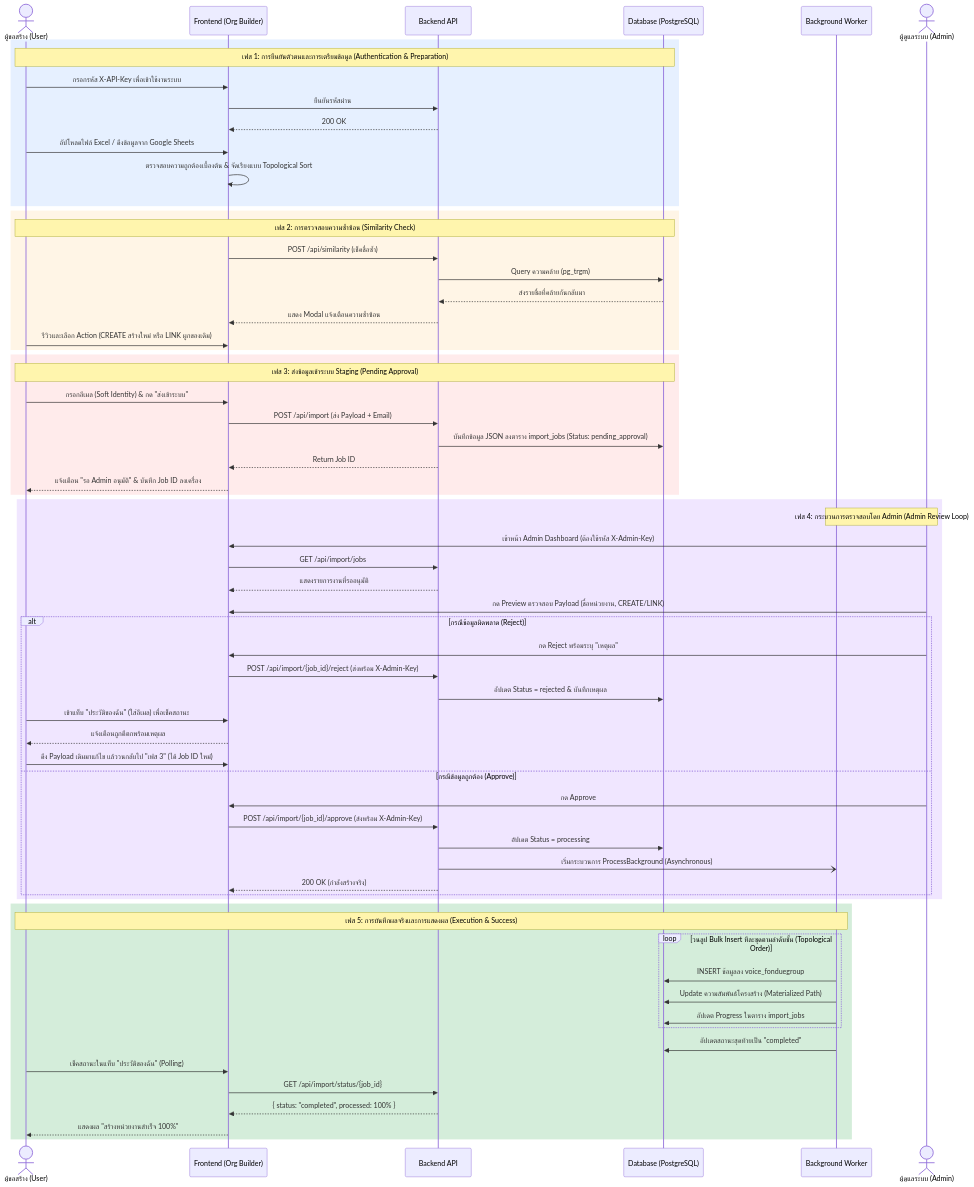
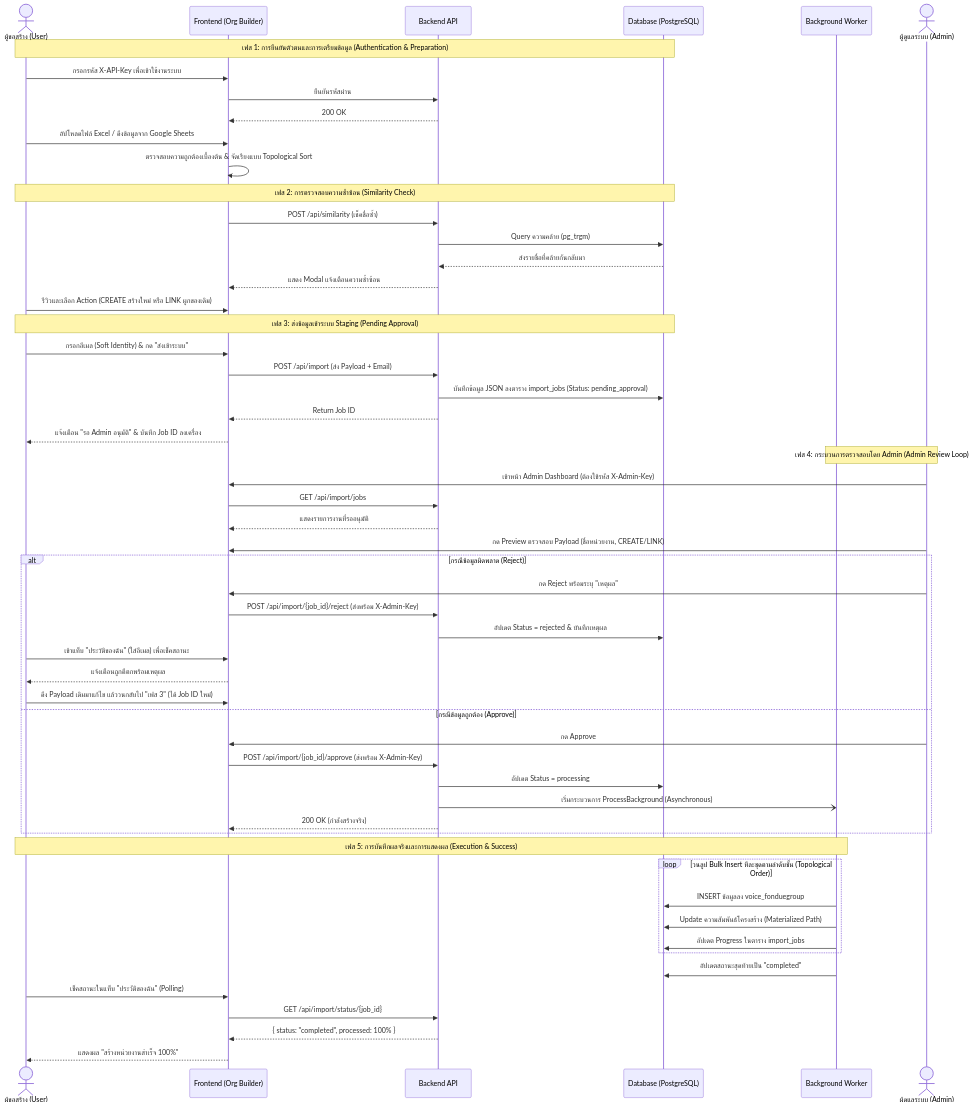
Before and after one commit to traffy-nectec/org-chart-creation: the second of 2 diagrams in README.md, drawn with Mermaid.

Commit message:
docs: remove explicitly colored rect blocks in mermaid sequence diagram to ensure dark mode readability

````diff
--- a/README.md
+++ b/README.md
@@ -163,74 +163,64 @@
 ```mermaid
 sequenceDiagram
     actor User as ผู้ขอสร้าง (User)
     participant UI as Frontend (Org Builder)
     participant API as Backend API
     participant DB as Database (PostgreSQL)
     participant Worker as Background Worker
     actor Admin as ผู้ดูแลระบบ (Admin)
 
-    rect rgb(230, 240, 255)
     Note over User, DB: เฟส 1: การยืนยันตัวตนและการเตรียมข้อมูล (Authentication & Preparation)
     User->>UI: กรอกรหัส X-API-Key เพื่อเข้าใช้งานระบบ
     UI->>API: ยืนยันรหัสผ่าน
     API-->>UI: 200 OK
     User->>UI: อัปโหลดไฟล์ Excel / ดึงข้อมูลจาก Google Sheets
     UI->>UI: ตรวจสอบความถูกต้องเบื้องต้น & จัดเรียงแบบ Topological Sort
-    end
 
-    rect rgb(255, 245, 230)
     Note over User, DB: เฟส 2: การตรวจสอบความซ้ำซ้อน (Similarity Check)
     UI->>API: POST /api/similarity (เช็คชื่อซ้ำ)
     API->>DB: Query ความคล้าย (pg_trgm)
     DB-->>API: ส่งรายชื่อที่คล้ายกันกลับมา
     API-->>UI: แสดง Modal แจ้งเตือนความซ้ำซ้อน
     User->>UI: รีวิวและเลือก Action (CREATE สร้างใหม่ หรือ LINK ผูกของเดิม)
-    end
 
-    rect rgb(255, 235, 235)
     Note over User, DB: เฟส 3: ส่งข้อมูลเข้าระบบ Staging (Pending Approval)
     User->>UI: กรอกอีเมล (Soft Identity) & กด "ส่งเข้าระบบ"
     UI->>API: POST /api/import (ส่ง Payload + Email)
     API->>DB: บันทึกข้อมูล JSON ลงตาราง import_jobs (Status: pending_approval)
     API-->>UI: Return Job ID
     UI-->>User: แจ้งเตือน "รอ Admin อนุมัติ" & บันทึก Job ID ลงเครื่อง
-    end
 
-    rect rgb(240, 230, 255)
     Note over Admin, Worker: เฟส 4: กระบวนการตรวจสอบโดย Admin (Admin Review Loop)
     Admin->>UI: เข้าหน้า Admin Dashboard (ต้องใช้รหัส X-Admin-Key)
     UI->>API: GET /api/import/jobs
     API-->>UI: แสดงรายการงานที่รออนุมัติ
     Admin->>UI: กด Preview ตรวจสอบ Payload (ชื่อหน่วยงาน, CREATE/LINK)
     
     alt กรณีข้อมูลผิดพลาด (Reject)
         Admin->>UI: กด Reject พร้อมระบุ "เหตุผล"
         UI->>API: POST /api/import/{job_id}/reject (ส่งพร้อม X-Admin-Key)
         API->>DB: อัปเดต Status = rejected & บันทึกเหตุผล
         User->>UI: เข้าแท็บ "ประวัติของฉัน" (ใส่อีเมล) เพื่อเช็คสถานะ
         UI-->>User: แจ้งเตือนถูกตีตกพร้อมเหตุผล
         User->>UI: ดึง Payload เดิมมาแก้ไข แล้ววนกลับไป "เฟส 3" (ได้ Job ID ใหม่)
     else กรณีข้อมูลถูกต้อง (Approve)
         Admin->>UI: กด Approve
         UI->>API: POST /api/import/{job_id}/approve (ส่งพร้อม X-Admin-Key)
         API->>DB: อัปเดต Status = processing
         API-)Worker: เริ่มกระบวนการ ProcessBackground (Asynchronous)
         API-->>UI: 200 OK (กำลังสร้างจริง)
     end
-    end
 
-    rect rgb(212, 237, 218)
     Note over User, Worker: เฟส 5: การบันทึกผลจริงและการแสดงผล (Execution & Success)
     loop วนลูป Bulk Insert ทีละชุดตามลำดับชั้น (Topological Order)
         Worker->>DB: INSERT ข้อมูลลง voice_fonduegroup
         Worker->>DB: Update ความสัมพันธ์โครงสร้าง (Materialized Path)
         Worker->>DB: อัปเดต Progress ในตาราง import_jobs
     end
     Worker->>DB: อัปเดตสถานะสุดท้ายเป็น "completed"
     
     User->>UI: เช็คสถานะในแท็บ "ประวัติของฉัน" (Polling)
     UI->>API: GET /api/import/status/{job_id}
     API-->>UI: { status: "completed", processed: 100% }
     UI-->>User: แสดงผล "สร้างหน่วยงานสำเร็จ 100%"
-    end
 ```
````
